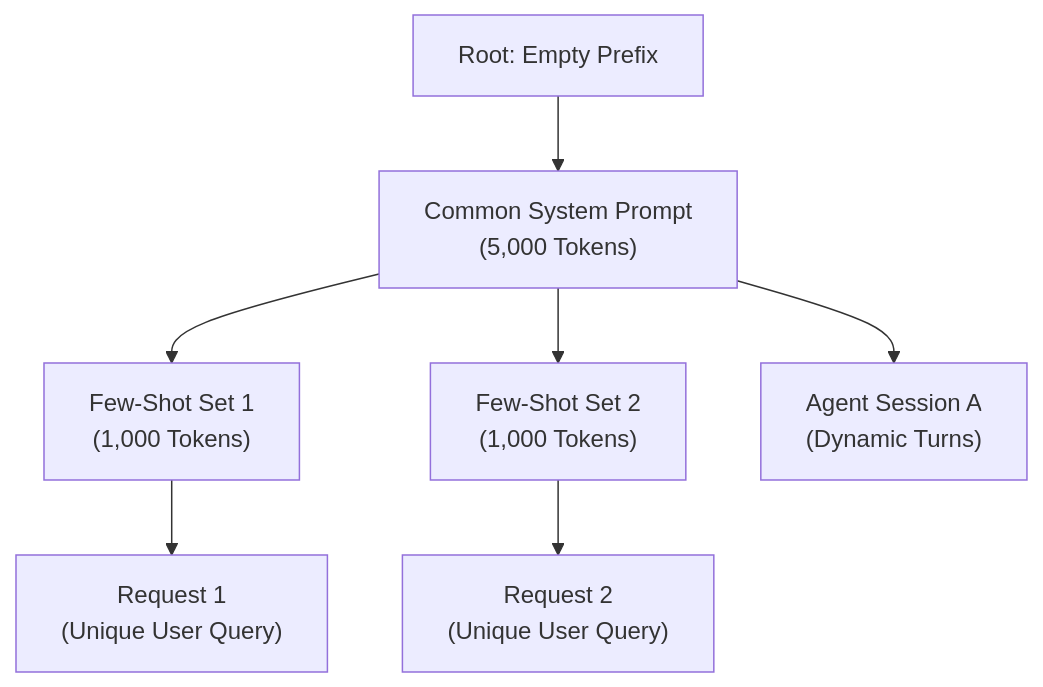
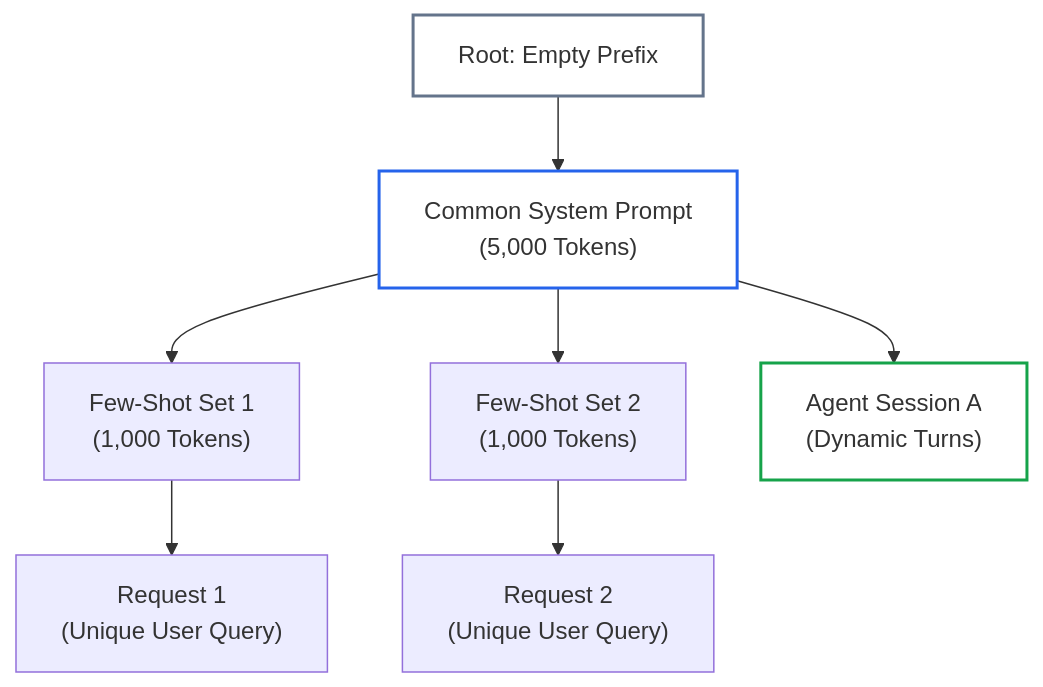
Before and after one commit to dip4k/senior-engineer-to-ai-engineer-roadmap: the second of 2 diagrams in 01-prompt-and-context-engineering/03-prefix-and-prompt-caching.md, drawn with Mermaid. The commit also changed other lines of this file and 49 other files, not shown here.

````diff
--- a/01-prompt-and-context-engineering/03-prefix-and-prompt-caching.md
+++ b/01-prompt-and-context-engineering/03-prefix-and-prompt-caching.md
@@ -169,10 +192,14 @@
 ```mermaid
 flowchart TD
     Root["Root: Empty Prefix"] --> PrefixA["Common System Prompt<br>(5,000 Tokens)"]
     PrefixA --> Branch1["Few-Shot Set 1<br>(1,000 Tokens)"]
     PrefixA --> Branch2["Few-Shot Set 2<br>(1,000 Tokens)"]
     PrefixA --> Dynamic["Agent Session A<br>(Dynamic Turns)"]
     
     Branch1 --> User1["Request 1<br>(Unique User Query)"]
     Branch2 --> User2["Request 2<br>(Unique User Query)"]
+
+    style Root fill:none,stroke:#64748b,stroke-width:2px
+    style PrefixA fill:none,stroke:#2563eb,stroke-width:2px
+    style Dynamic fill:none,stroke:#16a34a,stroke-width:2px
 ```
````
